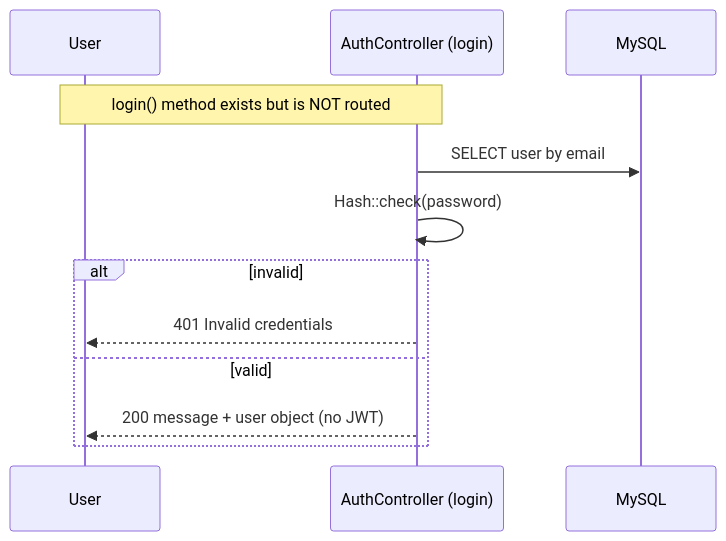
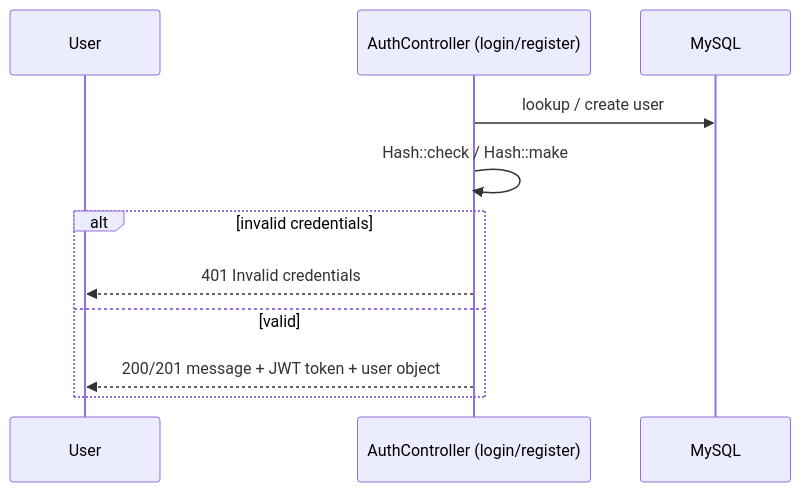
The second of 2 diagrams in docs/architecture.md (HidayahMF/kiansantangbrokermqtt), drawn with Mermaid before and after one commit. The commit also changed other lines of this file and 50 other files, not shown here.

````diff
--- a/docs/architecture.md
+++ b/docs/architecture.md
@@ -85,15 +86,14 @@
 ```mermaid
 sequenceDiagram
     participant U as User
-    participant C as AuthController (login)
+    participant C as AuthController (login/register)
     participant DB as MySQL
 
-    Note over U,C: login() method exists but is NOT routed
-    C->>DB: SELECT user by email
-    C->>C: Hash::check(password)
-    alt invalid
+    C->>DB: lookup / create user
+    C->>C: Hash::check / Hash::make
+    alt invalid credentials
         C-->>U: 401 Invalid credentials
     else valid
-        C-->>U: 200 message + user object (no JWT)
+        C-->>U: 200/201 message + JWT token + user object
     end
 ```
````
